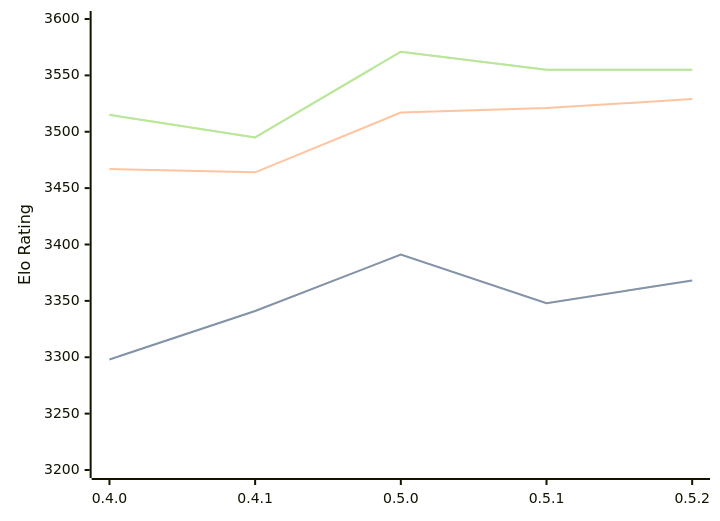
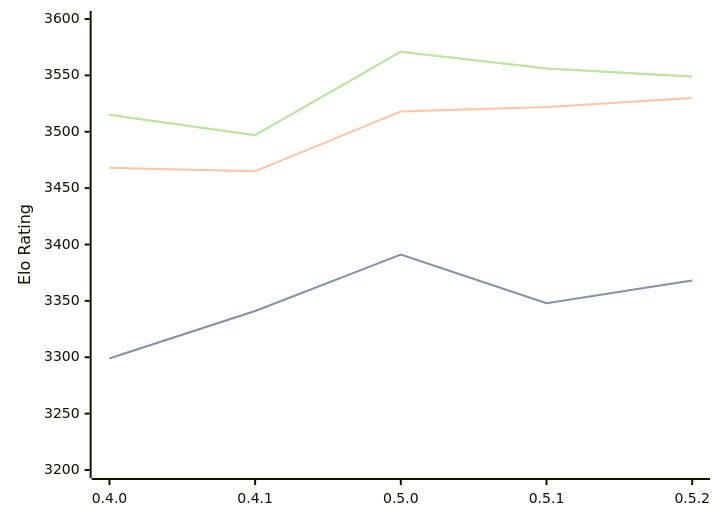
The diagram in engines/Cinder.md (computer-chess-index/cci), drawn with Mermaid before and after one commit. The commit also changed other lines of this file, not shown here.

Commit message:
Update CCI Ratings (ELO VLTC) - 2026-07-25

````diff
--- a/engines/Cinder.md
+++ b/engines/Cinder.md
@@ -43,11 +43,11 @@
 ```mermaid
 %%{init: {"theme":"base","themeVariables":{"seriesColors:['#a3a3a3','#222221','#faa371']}}}%%
 xychart-beta
   x-axis ["0.4.0", "0.4.1", "0.5.0", "0.5.1", "0.5.2"]
   y-axis "Elo Rating" 3200 --> 3600
-  line "STC (8.0+0.08s)" [3298, 3341, 3391, 3348, 3368]
-  line "STC (8.0+0.08s)" [3298, 3341, 3391, 3348, 3368]
-  line "LTC (60.0+0.60s)" [3467, 3464, 3517, 3521, 3529]
-  line "VLTC (2m24s+1.12s)" [3515, 3495, 3571, 3555, 3555]
-  line "VLTC (2m24s+1.12s)" [3515, 3495, 3571, 3555, 3555]
+  line "STC (8.0+0.08s)" [3299, 3341, 3391, 3348, 3368]
+  line "STC (8.0+0.08s)" [3299, 3341, 3391, 3348, 3368]
+  line "LTC (60.0+0.60s)" [3468, 3465, 3518, 3522, 3530]
+  line "VLTC (2m24s+1.12s)" [3515, 3497, 3571, 3556, 3549]
+  line "VLTC (2m24s+1.12s)" [3515, 3497, 3571, 3556, 3549]
 ```
````
